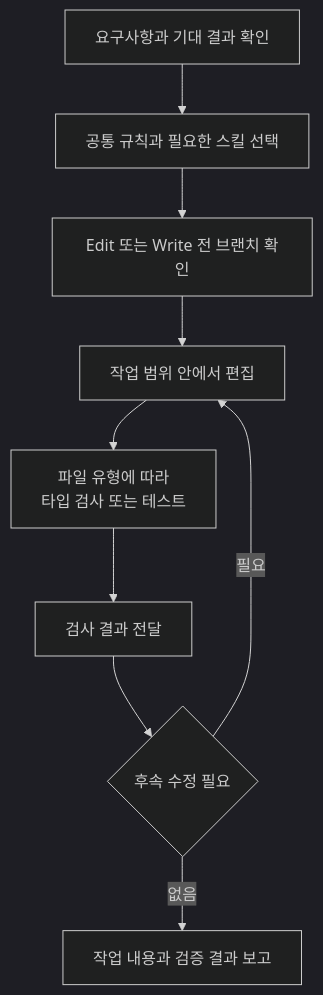
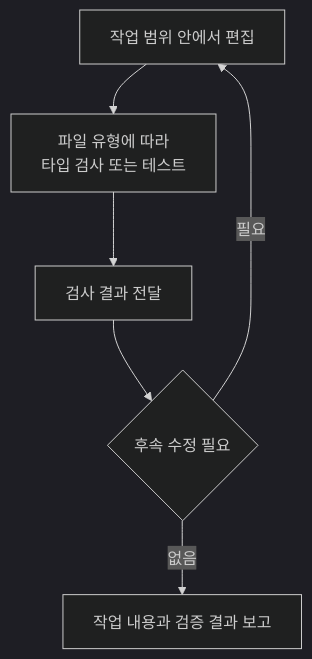
One commit to KimHG1995/work-history changed the second of 2 diagrams in projects/ai-development-setup/claude-workflow.md. Above: the diagram before and after it, drawn with Mermaid (dark theme). The commit also changed other lines of this file and 9 other files, not shown here.

Commit message:
docs: 공개 Mermaid 흐름을 단계별로 나눠 가독성 개선

````diff
--- a/projects/ai-development-setup/claude-workflow.md
+++ b/projects/ai-development-setup/claude-workflow.md
@@ -73,11 +89,14 @@
 ```mermaid
-flowchart TD
-    request["요구사항과 기대 결과 확인"] --> rules["공통 규칙과 필요한 스킬 선택"]
-    rules --> branch["Edit 또는 Write 전 브랜치 확인"]
-    branch --> edit["작업 범위 안에서 편집"]
-    edit --> check["파일 유형에 따라<br/>타입 검사 또는 테스트"]
-    check --> feedback["검사 결과 전달"]
-    feedback --> decision{"후속 수정 필요"}
+flowchart TB
+    edit["작업 범위 안에서 편집"]
+    check["파일 유형에 따라<br/>타입 검사 또는 테스트"]
+    feedback["검사 결과 전달"]
+    decision{"후속 수정 필요"}
+    report["작업 내용과 검증 결과 보고"]
+
+    edit --> check
+    check --> feedback
+    feedback --> decision
     decision -->|필요| edit
-    decision -->|없음| report["작업 내용과 검증 결과 보고"]
+    decision -->|없음| report
 ```
````
